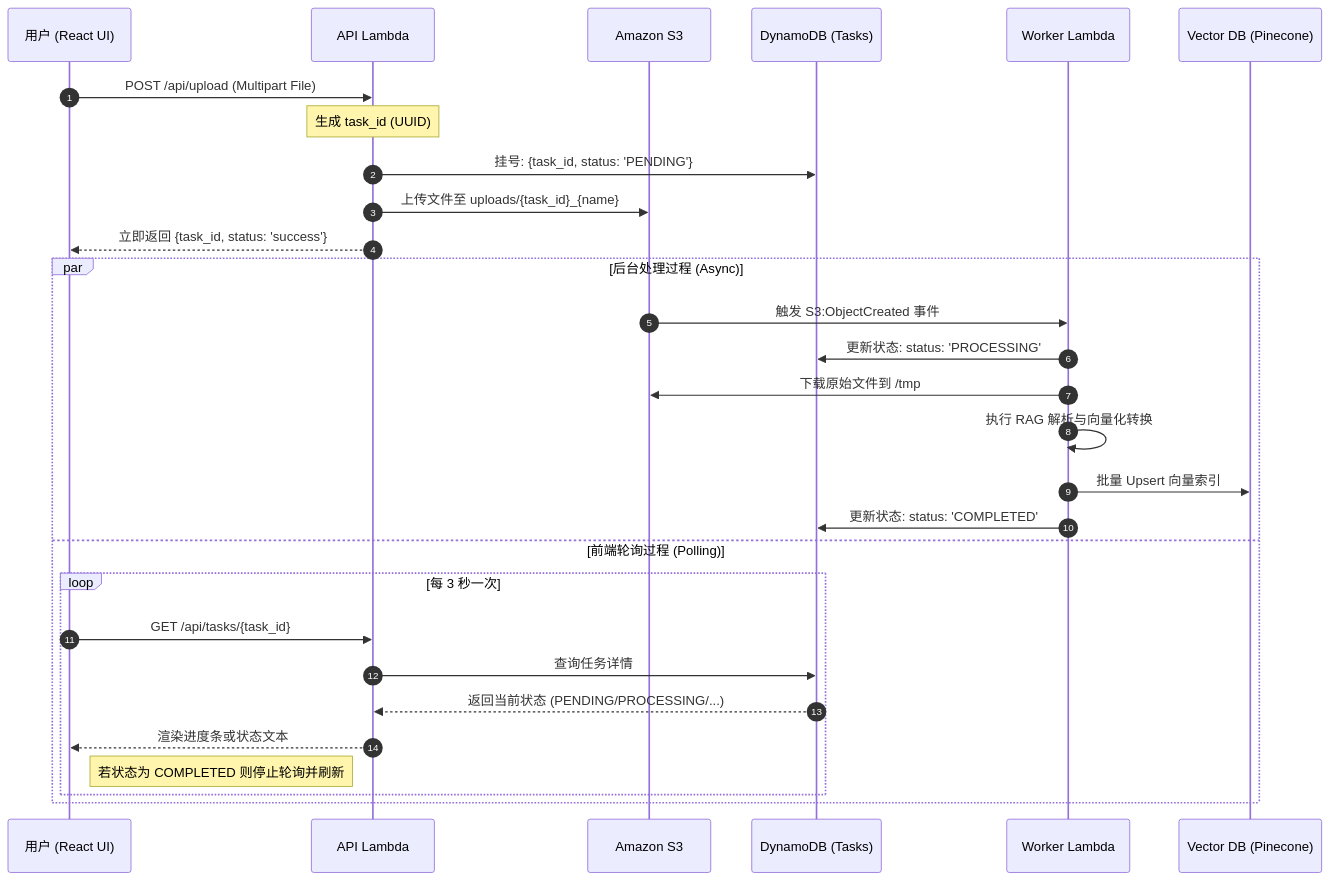
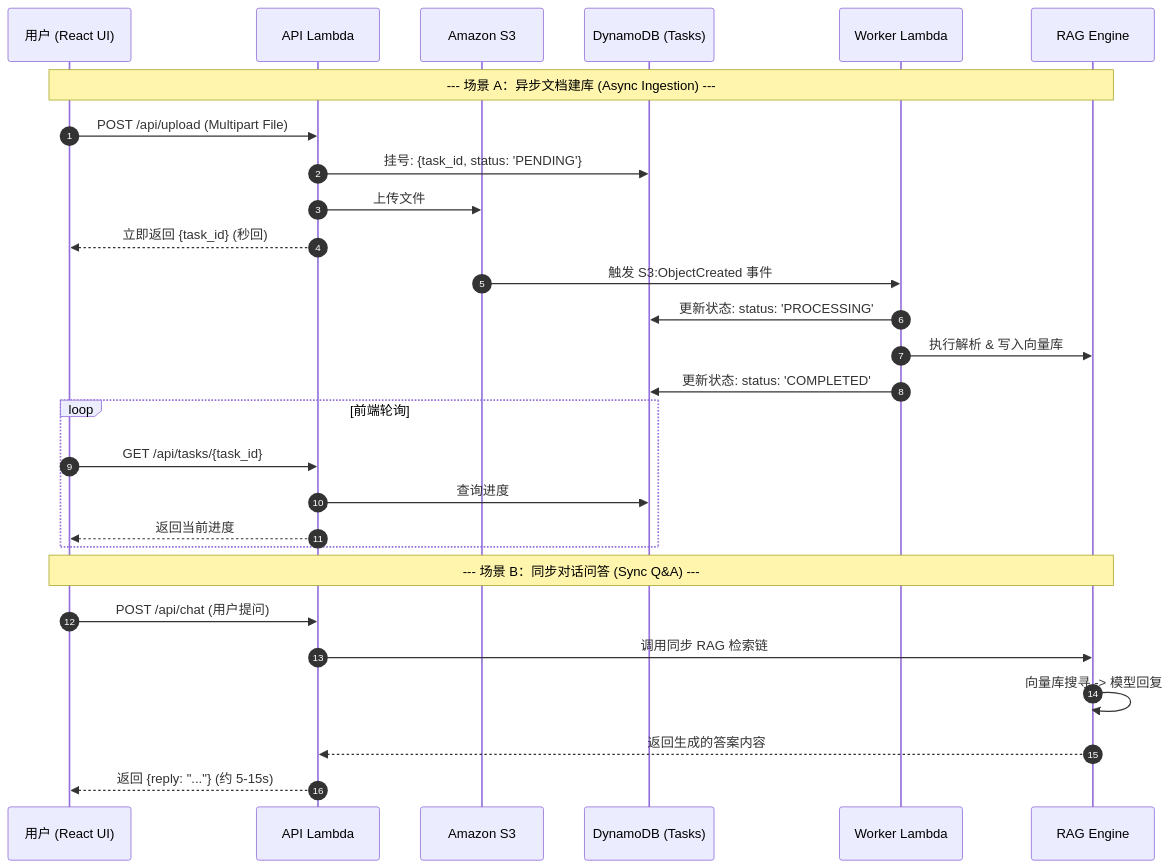
One commit to supermt1986/aws_notebooklm changed the second of 2 diagrams in aws_asynchronous_rag_architecture.md. Above: the diagram before and after it, drawn with Mermaid. The commit also changed other lines of this file, not shown here.

Commit message:
docs: show both sync QA and async Ingestion in architecture diagram

````diff
--- a/aws_asynchronous_rag_architecture.md
+++ b/aws_asynchronous_rag_architecture.md
@@ -57,33 +47,34 @@
 ```mermaid
 sequenceDiagram
     autonumber
     participant U as 用户 (React UI)
     participant A as API Lambda
     participant S as Amazon S3
     participant D as DynamoDB (Tasks)
     participant W as Worker Lambda
-    participant V as Vector DB (Pinecone)
+    participant R as RAG Engine
 
+    Note over U, R: --- 场景 A：异步文档建库 (Async Ingestion) ---
     U->>A: POST /api/upload (Multipart File)
-    Note over A: 生成 task_id (UUID)
     A->>D: 挂号: {task_id, status: 'PENDING'}
-    A->>S: 上传文件至 uploads/{task_id}_{name}
-    A-->>U: 立即返回 {task_id, status: 'success'}
+    A->>S: 上传文件
+    A-->>U: 立即返回 {task_id} (秒回)
     
-    par 后台处理过程 (Async)
-        S->>W: 触发 S3:ObjectCreated 事件
-        W->>D: 更新状态: status: 'PROCESSING'
-        W->>S: 下载原始文件到 /tmp
-        W->>W: 执行 RAG 解析与向量化转换
-        W->>V: 批量 Upsert 向量索引
-        W->>D: 更新状态: status: 'COMPLETED'
-    and 前端轮询过程 (Polling)
-        loop 每 3 秒一次
-            U->>A: GET /api/tasks/{task_id}
-            A->>D: 查询任务详情
-            D-->>A: 返回当前状态 (PENDING/PROCESSING/...)
-            A-->>U: 渲染进度条或状态文本
-            Note right of U: 若状态为 COMPLETED 则停止轮询并刷新
-        end
+    S->>W: 触发 S3:ObjectCreated 事件
+    W->>D: 更新状态: status: 'PROCESSING'
+    W->>R: 执行解析 & 写入向量库
+    W->>D: 更新状态: status: 'COMPLETED'
+    
+    loop 前端轮询
+        U->>A: GET /api/tasks/{task_id}
+        A->>D: 查询进度
+        A-->>U: 返回当前进度
     end
+
+    Note over U, R: --- 场景 B：同步对话问答 (Sync Q&A) ---
+    U->>A: POST /api/chat (用户提问)
+    A->>R: 调用同步 RAG 检索链
+    R->>R: 向量库搜寻 -> 模型回复
+    R-->>A: 返回生成的答案内容
+    A-->>U: 返回 {reply: "..."} (约 5-15s)
 ```
````
